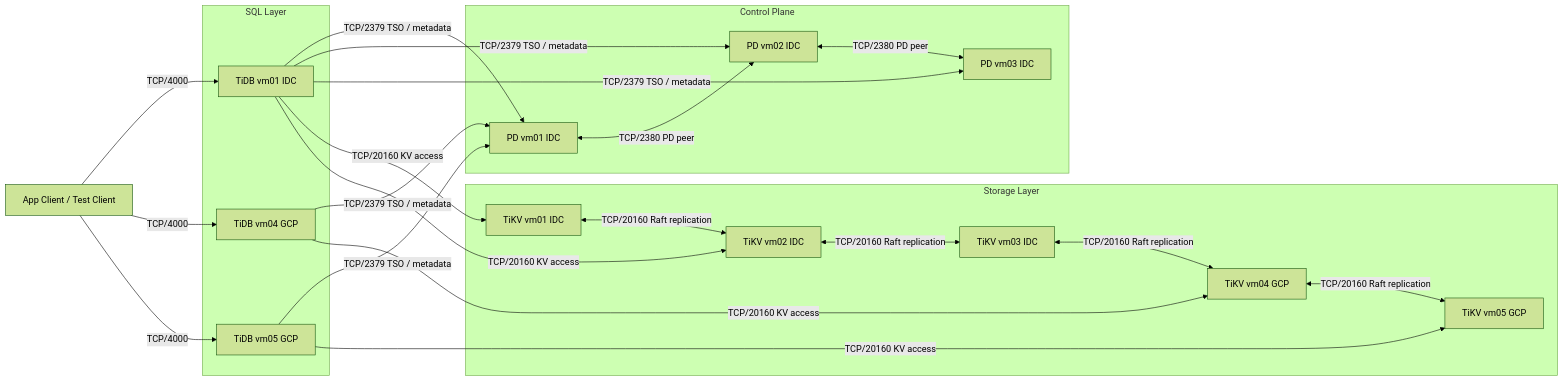
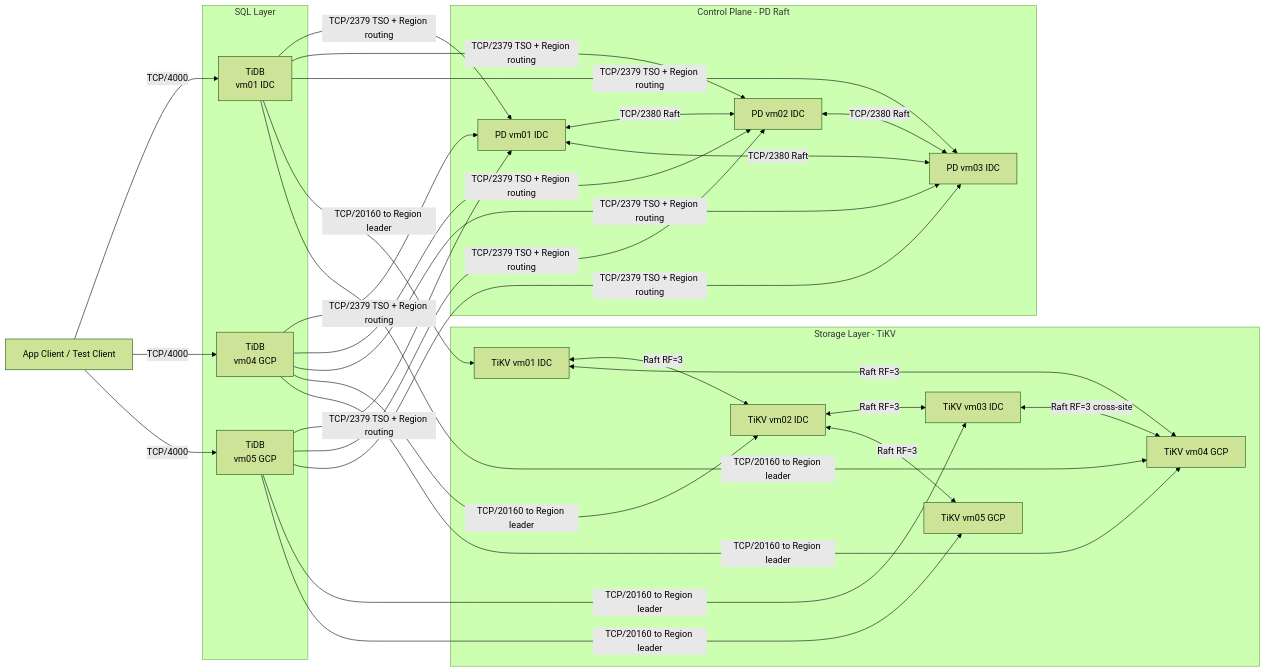
The first of 2 diagrams in poc/0_projectFor104/docs/architecture/tidb.md (heavenruler/dba_career), drawn with Mermaid (forest theme) before and after one commit. The commit also changed other lines of this file and 1 other file, not shown here.

Commit message:
refactor architecture

````diff
--- a/poc/0_projectFor104/docs/architecture/tidb.md
+++ b/poc/0_projectFor104/docs/architecture/tidb.md
@@ -5,47 +5,55 @@
 ```mermaid
 flowchart LR
     C1[App Client / Test Client]
 
     subgraph SQL[SQL Layer]
-        T1[TiDB vm01 IDC]
-        T4[TiDB vm04 GCP]
-        T5[TiDB vm05 GCP]
+        T1[TiDB\nvm01 IDC]
+        T4[TiDB\nvm04 GCP]
+        T5[TiDB\nvm05 GCP]
     end
 
-    subgraph PD[Control Plane]
+    subgraph PD[Control Plane - PD Raft]
         P1[PD vm01 IDC]
         P2[PD vm02 IDC]
         P3[PD vm03 IDC]
     end
 
-    subgraph KV[Storage Layer]
+    subgraph KV[Storage Layer - TiKV]
         K1[TiKV vm01 IDC]
         K2[TiKV vm02 IDC]
         K3[TiKV vm03 IDC]
         K4[TiKV vm04 GCP]
         K5[TiKV vm05 GCP]
     end
 
     C1 -->|TCP/4000| T1
     C1 -->|TCP/4000| T4
     C1 -->|TCP/4000| T5
 
-    T1 -->|TCP/2379 TSO / metadata| P1
-    T1 -->|TCP/2379 TSO / metadata| P2
-    T1 -->|TCP/2379 TSO / metadata| P3
-    T4 -->|TCP/2379 TSO / metadata| P1
-    T5 -->|TCP/2379 TSO / metadata| P1
+    T1 -->|TCP/2379 TSO + Region routing| P1
+    T1 -->|TCP/2379 TSO + Region routing| P2
+    T1 -->|TCP/2379 TSO + Region routing| P3
+    T4 -->|TCP/2379 TSO + Region routing| P1
+    T4 -->|TCP/2379 TSO + Region routing| P2
+    T4 -->|TCP/2379 TSO + Region routing| P3
+    T5 -->|TCP/2379 TSO + Region routing| P1
+    T5 -->|TCP/2379 TSO + Region routing| P2
+    T5 -->|TCP/2379 TSO + Region routing| P3
 
-    T1 -->|TCP/20160 KV access| K1
-    T1 -->|TCP/20160 KV access| K2
-    T4 -->|TCP/20160 KV access| K4
-    T5 -->|TCP/20160 KV access| K5
+    T1 -->|TCP/20160 to Region leader| K1
+    T1 -->|TCP/20160 to Region leader| K4
+    T4 -->|TCP/20160 to Region leader| K2
+    T4 -->|TCP/20160 to Region leader| K4
+    T5 -->|TCP/20160 to Region leader| K3
+    T5 -->|TCP/20160 to Region leader| K5
 
-    K1 <-->|TCP/20160 Raft replication| K2
-    K2 <-->|TCP/20160 Raft replication| K3
-    K3 <-->|TCP/20160 Raft replication| K4
-    K4 <-->|TCP/20160 Raft replication| K5
+    K1 <-->|Raft RF=3| K2
+    K1 <-->|Raft RF=3| K4
+    K2 <-->|Raft RF=3| K3
+    K2 <-->|Raft RF=3| K5
+    K3 <-->|Raft RF=3 cross-site| K4
 
-    P1 <-->|TCP/2380 PD peer| P2
-    P2 <-->|TCP/2380 PD peer| P3
+    P1 <-->|TCP/2380 Raft| P2
+    P1 <-->|TCP/2380 Raft| P3
+    P2 <-->|TCP/2380 Raft| P3
 ```
````
